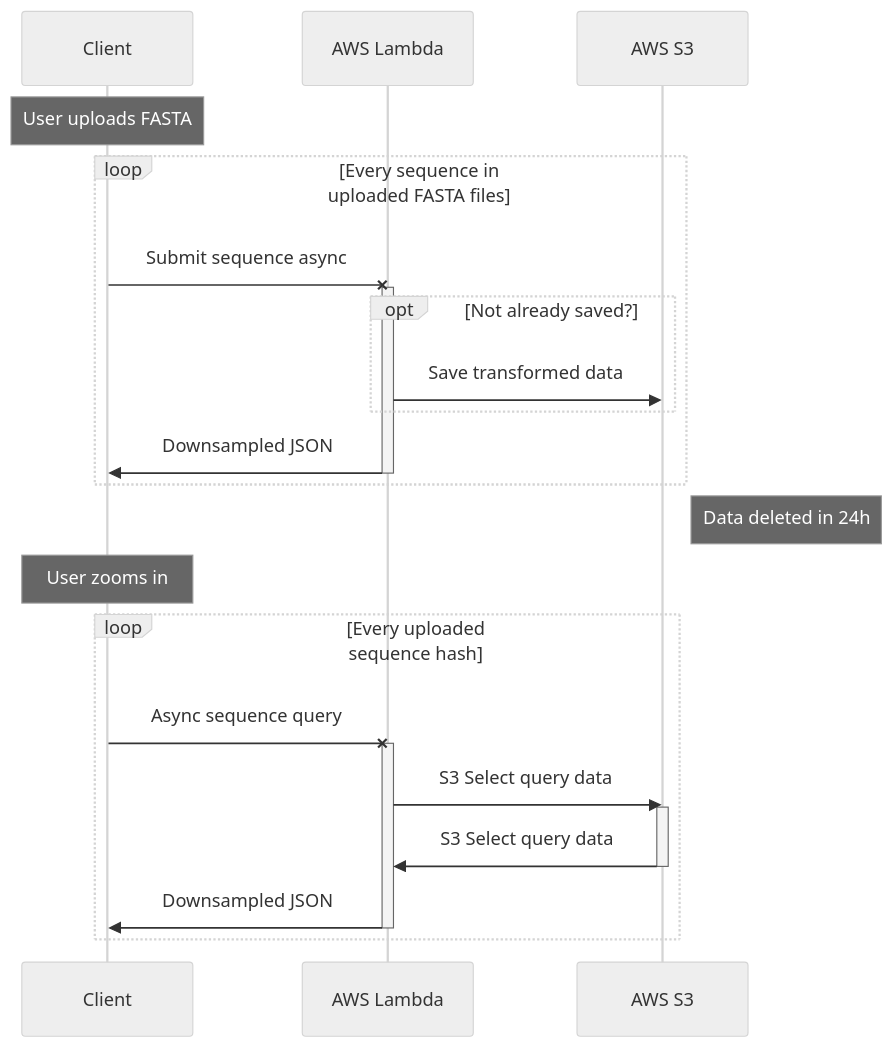
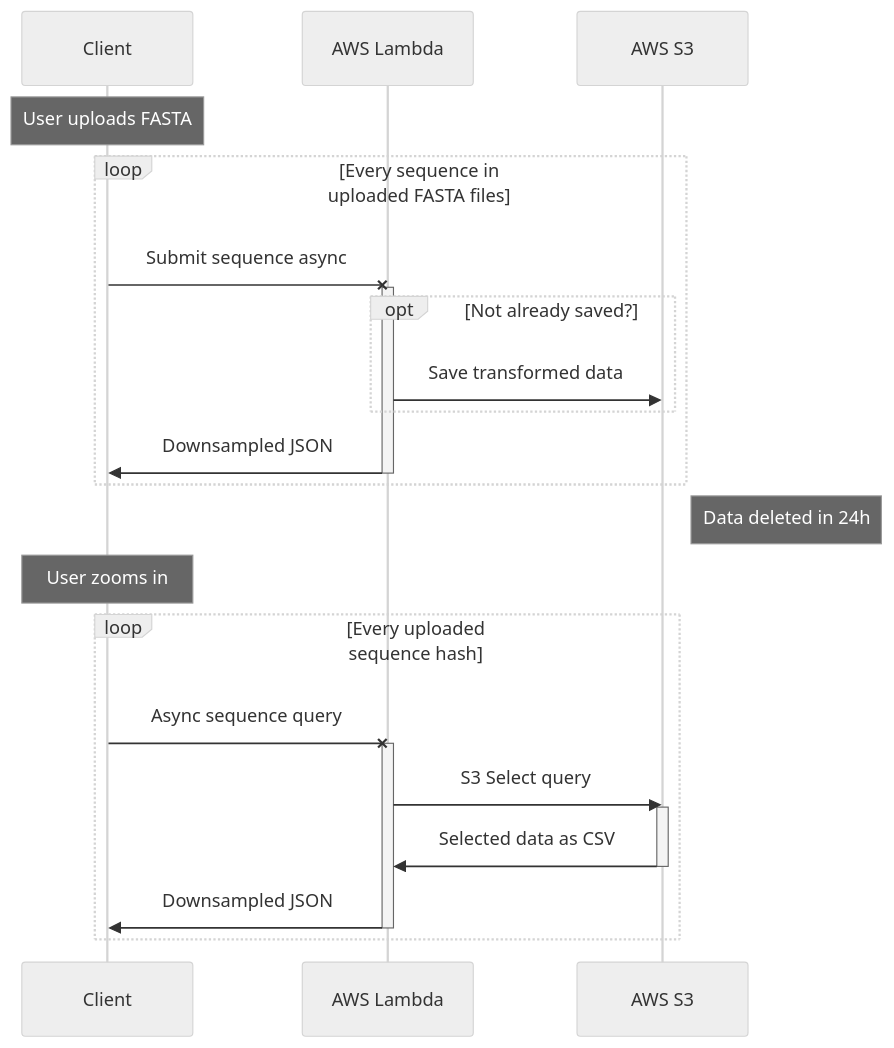
One commit to Benjamin-Lee/DNAvisualization.org changed the diagram in templates/test.mmd. Above: the diagram before and after it, drawn with Mermaid (neutral theme). The commit also changed 1 other file, not shown here.

Commit message:
Add architecture section

```diff
--- a/templates/test.mmd
+++ b/templates/test.mmd
@@ -1,29 +1,29 @@
 sequenceDiagram
     participant C as Client
     participant L as AWS Lambda
     participant S as AWS S3
     note over C: User uploads FASTA
     loop Every sequence in uploaded FASTA files
 
             C-xL:Submit sequence async
 
             activate L
         opt Not already saved?
             L->>S: Save transformed data
         end
 
             L->>C:  Downsampled JSON
             deactivate L
     end
                     note right of S: Data deleted in 24h
     note over C: User zooms in
     loop Every uploaded sequence hash
         C-xL: Async sequence query
         activate L
-        L->>S: S3 Select query data
+        L->>S: S3 Select query
         activate S
-        S->>L: S3 Select query data
+        S->>L: Selected data as CSV
         deactivate S
         L->>C: Downsampled JSON
         deactivate L
     end
```
